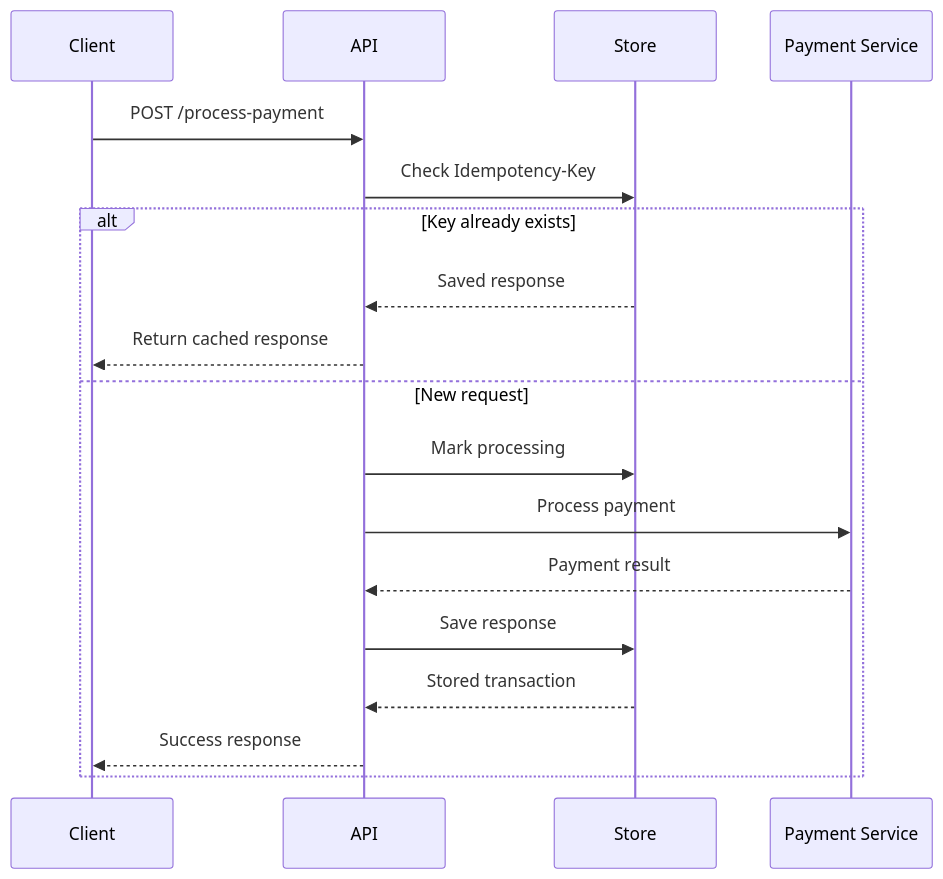
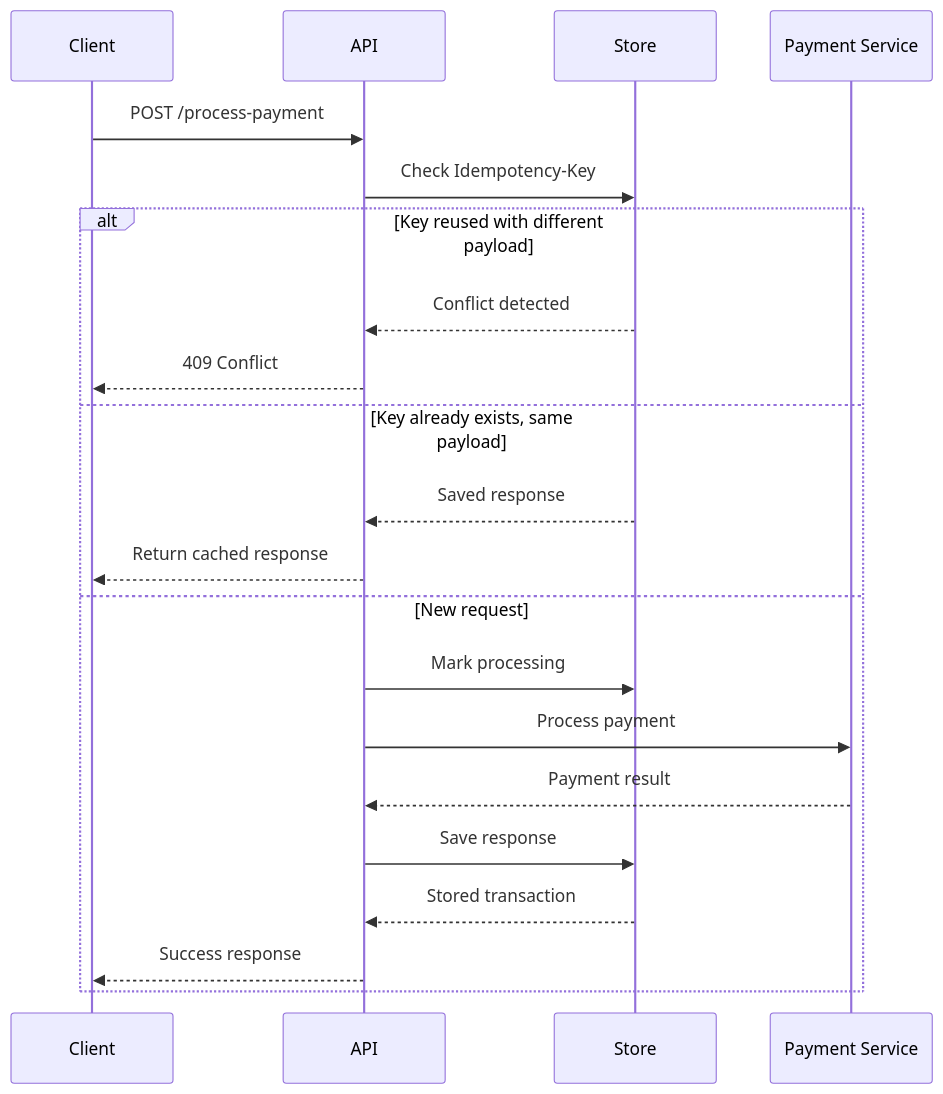
One commit to oelshadai/Idempotency-Gateway changed the second of 2 diagrams in README.md. Above: the diagram before and after it, drawn with Mermaid. The commit also changed other lines of this file, not shown here.

Commit message:
docs: update README with live demo link and conflict detection fix

````diff
--- a/README.md
+++ b/README.md
@@ -68,29 +77,35 @@
 ```mermaid
 sequenceDiagram
 
 Client->>API: POST /process-payment
 
 API->>Store: Check Idempotency-Key
 
-alt Key already exists
+alt Key reused with different payload
+
+Store-->>API: Conflict detected
+
+API-->>Client: 409 Conflict
+
+else Key already exists, same payload
 
 Store-->>API: Saved response
 
 API-->>Client: Return cached response
 
 else New request
 
 API->>Store: Mark processing
 
 API->>Payment Service: Process payment
 
 Payment Service-->>API: Payment result
 
 API->>Store: Save response
 
 Store-->>API: Stored transaction
 
 API-->>Client: Success response
 
 end
 ```
````
